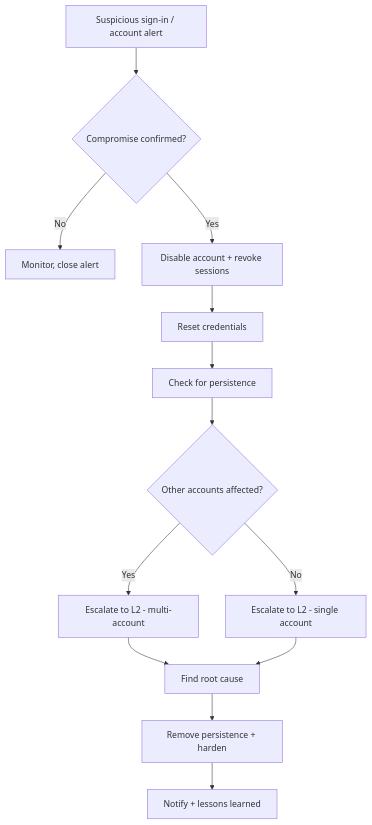
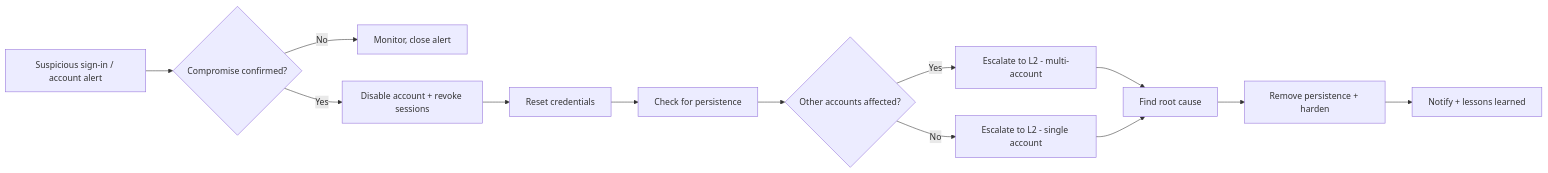
One commit to MiracleDvm/ir-firstline changed the diagram in docs/runbooks/account-compromise.md. Above: the diagram before and after it, drawn with Mermaid. The commit also changed other lines of this file and 26 other files, not shown here.

Commit message:
Fix decision-tree diagram sizing/legibility, add PDF export, land tool links -- Convert decision trees to horizontal/collapsible, link cited tools/sources

````diff
--- a/docs/runbooks/account-compromise.md
+++ b/docs/runbooks/account-compromise.md
@@ -29,15 +31,15 @@
-```mermaid
-flowchart TD
-    A[Suspicious sign-in / account alert] --> B{Compromise confirmed?}
-    B -->|No| C[Monitor, close alert]
-    B -->|Yes| D[Disable account + revoke sessions]
-    D --> E[Reset credentials]
-    E --> F[Check for persistence]
-    F --> G{Other accounts affected?}
-    G -->|Yes| H[Escalate to L2 - multi-account]
-    G -->|No| I[Escalate to L2 - single account]
-    H --> J[Find root cause]
-    I --> J
-    J --> K[Remove persistence + harden]
-    K --> L[Notify + lessons learned]
-```
+    ```mermaid
+    flowchart LR
+        A[Suspicious sign-in / account alert] --> B{Compromise confirmed?}
+        B -->|No| C[Monitor, close alert]
+        B -->|Yes| D[Disable account + revoke sessions]
+        D --> E[Reset credentials]
+        E --> F[Check for persistence]
+        F --> G{Other accounts affected?}
+        G -->|Yes| H[Escalate to L2 - multi-account]
+        G -->|No| I[Escalate to L2 - single account]
+        H --> J[Find root cause]
+        I --> J
+        J --> K[Remove persistence + harden]
+        K --> L[Notify + lessons learned]
+    ```
````
